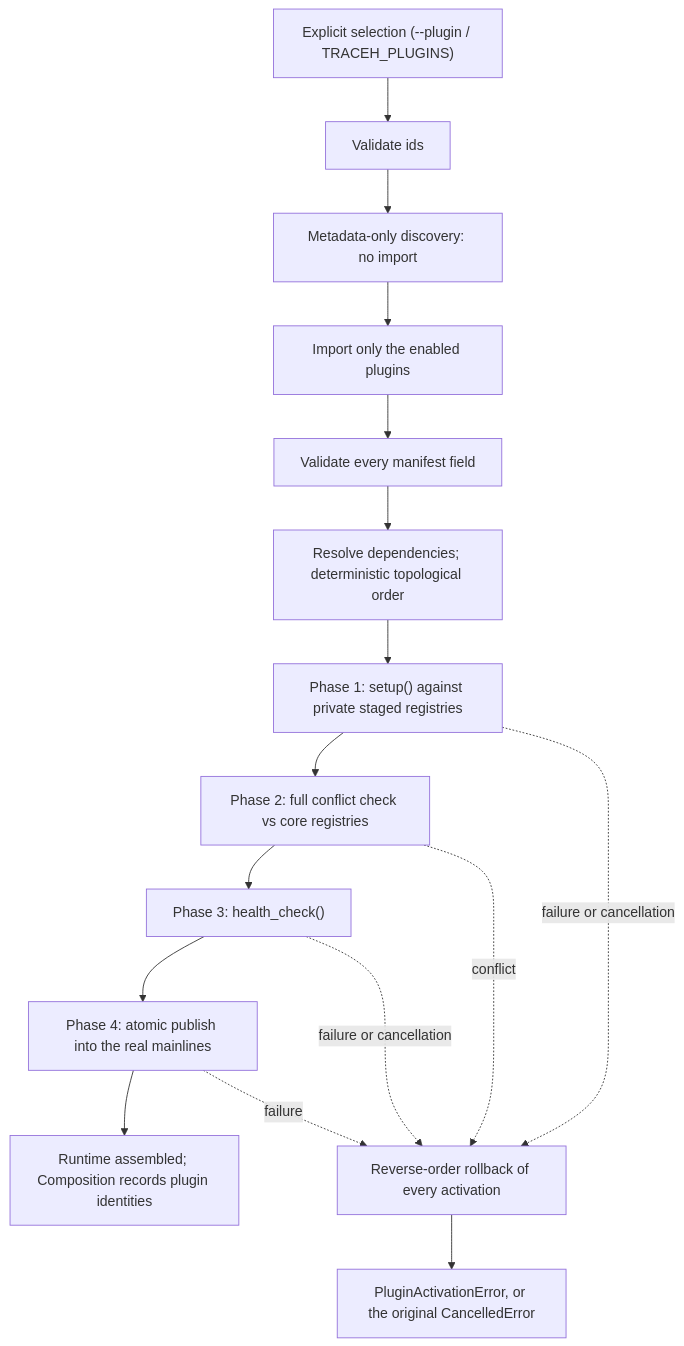
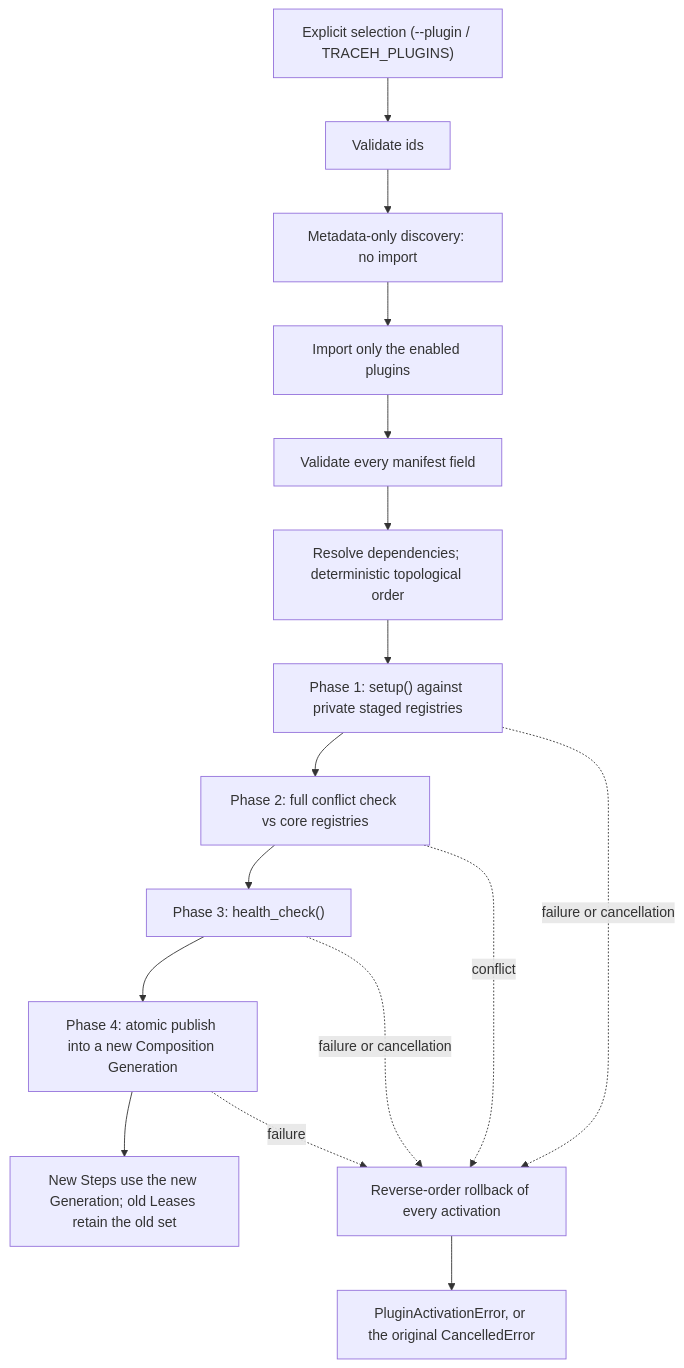
The diagram in docs/plugins.md (uboyme/traceHarness), drawn with Mermaid before and after one commit. The commit also changed other lines of this file and 20 other files, not shown here.

First line of the commit message:
feat: add session plugin composition migration

````diff
--- a/docs/plugins.md
+++ b/docs/plugins.md
@@ -128,18 +147,18 @@
 ```mermaid
 flowchart TD
     SEL["Explicit selection (--plugin / TRACEH_PLUGINS)"] --> VAL["Validate ids"]
     VAL --> DISC["Metadata-only discovery: no import"]
     DISC --> LOAD["Import only the enabled plugins"]
     LOAD --> MAN["Validate every manifest field"]
     MAN --> DEP["Resolve dependencies; deterministic topological order"]
     DEP --> SETUP["Phase 1: setup() against private staged registries"]
     SETUP --> CONF["Phase 2: full conflict check vs core registries"]
     CONF --> HEALTH["Phase 3: health_check()"]
-    HEALTH --> PUB["Phase 4: atomic publish into the real mainlines"]
-    PUB --> RUN["Runtime assembled; Composition records plugin identities"]
+    HEALTH --> PUB["Phase 4: atomic publish into a new Composition Generation"]
+    PUB --> RUN["New Steps use the new Generation; old Leases retain the old set"]
     SETUP -. "failure or cancellation" .-> RB["Reverse-order rollback of every activation"]
     CONF -. "conflict" .-> RB
     HEALTH -. "failure or cancellation" .-> RB
     PUB -. "failure" .-> RB
     RB --> RAISE["PluginActivationError, or the original CancelledError"]
 ```
````
